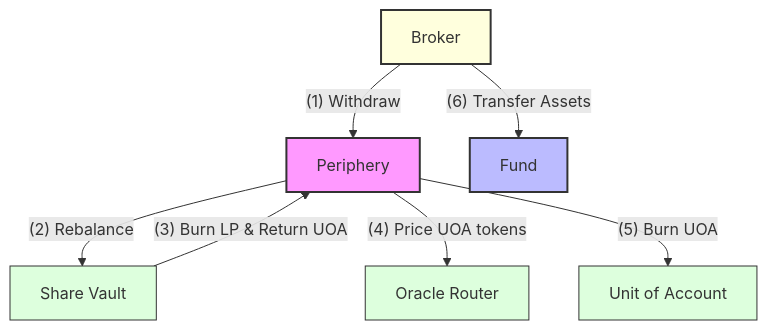
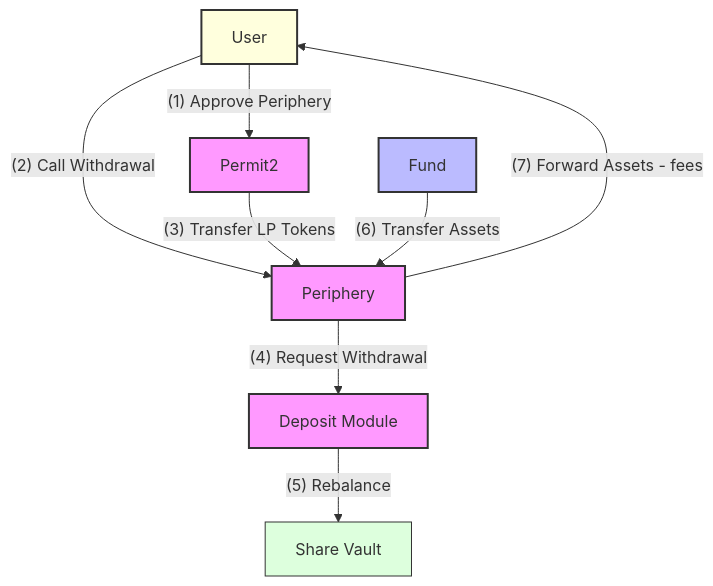
The second of 2 diagrams in docs/toolkit/deposit_module.md (DAMM-Cap/DAMM-Documentation), drawn with Mermaid before and after one commit. The commit also changed other lines of this file and 2 other files, not shown here.

````diff
--- a/docs/toolkit/deposit_module.md
+++ b/docs/toolkit/deposit_module.md
@@ -147,23 +219,24 @@
 ```mermaid
 graph TD
     %% Actors
-    B[Broker] -->|"(1) Withdraw"| P[Periphery]
+    U[User] -->|"(1) Approve Periphery"| P2[Permit2]
+    U -->|"(2) Call Withdrawal"| P[Periphery]
     
     %% Core Flow
-    P -->|"(2) Rebalance"| SV[Share Vault]
-    SV -->|"(3) Burn LP & Return UOA"| P
-    P -->|"(4) Price UOA tokens"| OR[Oracle Router]
-    P -->|"(5) Burn UOA"| UOA[Unit of Account]
-    B -->|"(6) Transfer Assets"| F[Fund]
+    P2 -->|"(3) Transfer LP Tokens"| P
+    P -->|"(4) Request Withdrawal"| DM[Deposit Module]
+    DM -->|"(5) Rebalance"| SV[Share Vault]
+    F[Fund] -->|"(6) Transfer Assets"| P
+    P -->|"(7) Forward Assets - fees"| U
     
     %% Styling
     classDef user fill:#ffd,stroke:#333,stroke-width:2px
     classDef module fill:#f9f,stroke:#333,stroke-width:2px
     classDef component fill:#dfd,stroke:#333,stroke-width:1px
     classDef fund fill:#bbf,stroke:#333,stroke-width:2px
     
-    class B user;
-    class P module;
-    class OR,UOA,SV component;
+    class U user;
+    class P,DM,P2 module;
+    class SV component;
     class F fund;
 ```
````
